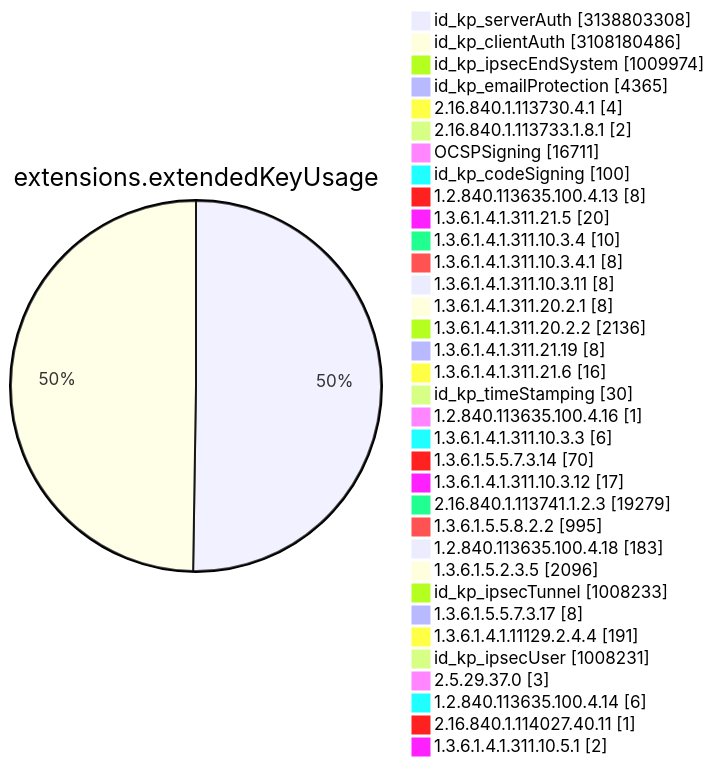
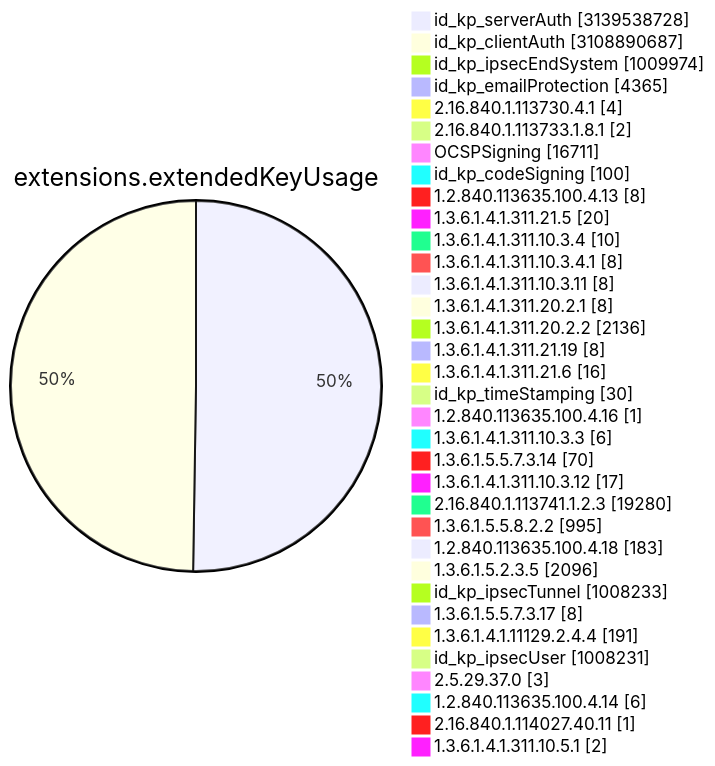
Before and after one commit to christiankrug/ctmonitor_visualization: diagram 11 of 15 in TOTAL/README.md, drawn with Mermaid. The commit also changed other lines of this file, not shown here.

````diff
--- a/TOTAL/README.md
+++ b/TOTAL/README.md
@@ -4117,38 +4117,38 @@
 ```mermaid
 pie showData
 title extensions.extendedKeyUsage
-"id_kp_serverAuth" :3138803308
-"id_kp_clientAuth" :3108180486
+"id_kp_serverAuth" :3139538728
+"id_kp_clientAuth" :3108890687
 "id_kp_ipsecEndSystem" :1009974
 "id_kp_emailProtection" :4365
 "2.16.840.1.113730.4.1" :4
 "2.16.840.1.113733.1.8.1" :2
 "OCSPSigning" :16711
 "id_kp_codeSigning" :100
 "1.2.840.113635.100.4.13" :8
 "1.3.6.1.4.1.311.21.5" :20
 "1.3.6.1.4.1.311.10.3.4" :10
 "1.3.6.1.4.1.311.10.3.4.1" :8
 "1.3.6.1.4.1.311.10.3.11" :8
 "1.3.6.1.4.1.311.20.2.1" :8
 "1.3.6.1.4.1.311.20.2.2" :2136
 "1.3.6.1.4.1.311.21.19" :8
 "1.3.6.1.4.1.311.21.6" :16
 "id_kp_timeStamping" :30
 "1.2.840.113635.100.4.16" :1
 "1.3.6.1.4.1.311.10.3.3" :6
 "1.3.6.1.5.5.7.3.14" :70
 "1.3.6.1.4.1.311.10.3.12" :17
-"2.16.840.1.113741.1.2.3" :19279
+"2.16.840.1.113741.1.2.3" :19280
 "1.3.6.1.5.5.8.2.2" :995
 "1.2.840.113635.100.4.18" :183
 "1.3.6.1.5.2.3.5" :2096
 "id_kp_ipsecTunnel" :1008233
 "1.3.6.1.5.5.7.3.17" :8
 "1.3.6.1.4.1.11129.2.4.4" :191
 "id_kp_ipsecUser" :1008231
 "2.5.29.37.0" :3
 "1.2.840.113635.100.4.14" :6
 "2.16.840.1.114027.40.11" :1
 "1.3.6.1.4.1.311.10.5.1" :2
 ```
````
